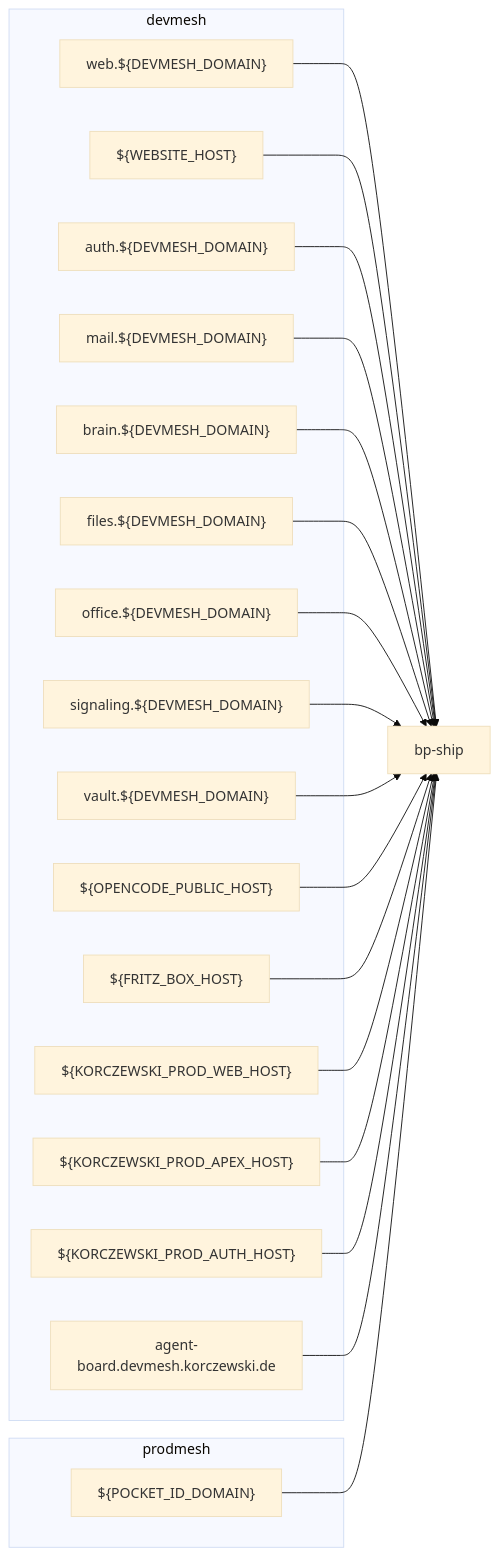
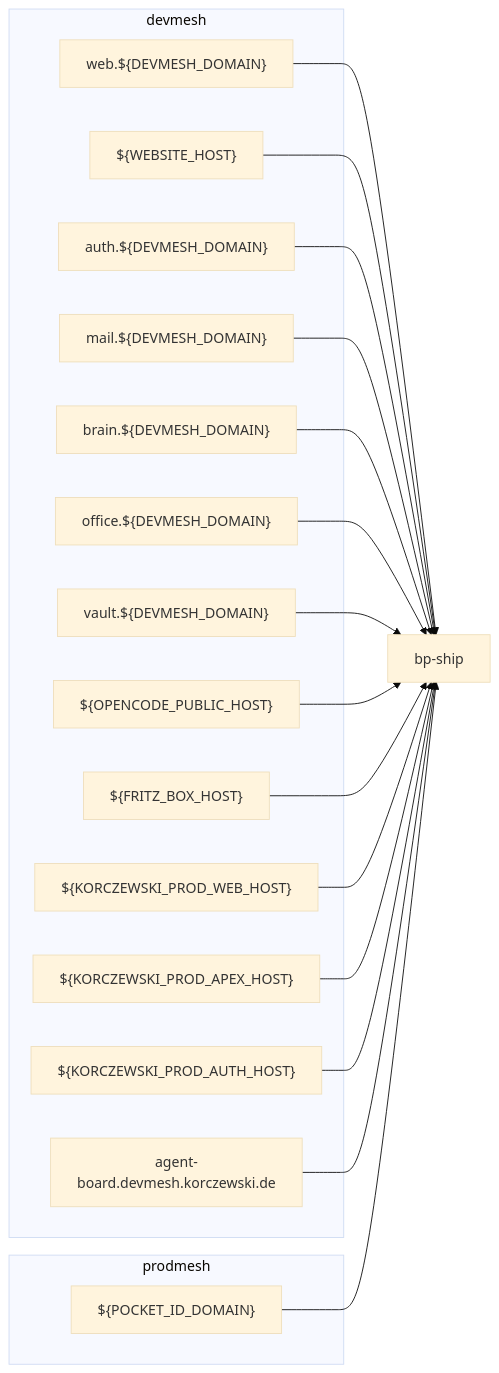
The diagram in docs/agent-guide/maps/domains-map.md (Paddione/Bachelorprojekt), drawn with Mermaid (base theme) before and after one commit. The commit also changed other lines of this file and 147 other files, not shown here.

````diff
--- a/docs/agent-guide/maps/domains-map.md
+++ b/docs/agent-guide/maps/domains-map.md
@@ -8,40 +8,36 @@
 ```mermaid
 flowchart LR
     subgraph devmesh["devmesh"]
         devmesh_web["web.${DEVMESH_DOMAIN}"]
         devmesh_website_alias["${WEBSITE_HOST}"]
         devmesh_auth["auth.${DEVMESH_DOMAIN}"]
         devmesh_mail["mail.${DEVMESH_DOMAIN}"]
         devmesh_brain["brain.${DEVMESH_DOMAIN}"]
-        devmesh_files["files.${DEVMESH_DOMAIN}"]
         devmesh_office["office.${DEVMESH_DOMAIN}"]
-        devmesh_signaling["signaling.${DEVMESH_DOMAIN}"]
         devmesh_vault["vault.${DEVMESH_DOMAIN}"]
         devmesh_opencode["${OPENCODE_PUBLIC_HOST}"]
         devmesh_fritzbox["${FRITZ_BOX_HOST}"]
         korczewski_web_mirror["${KORCZEWSKI_PROD_WEB_HOST}"]
         korczewski_apex_mirror["${KORCZEWSKI_PROD_APEX_HOST}"]
         korczewski_auth_mirror["${KORCZEWSKI_PROD_AUTH_HOST}"]
         devmesh_agent_board["agent-board.devmesh.korczewski.de"]
     end
     subgraph prodmesh["prodmesh"]
         auth_korczewski["${POCKET_ID_DOMAIN}"]
     end
     owner_bp_ship["bp-ship"]
     devmesh_web --> owner_bp_ship
     devmesh_website_alias --> owner_bp_ship
     devmesh_auth --> owner_bp_ship
     devmesh_mail --> owner_bp_ship
     devmesh_brain --> owner_bp_ship
-    devmesh_files --> owner_bp_ship
     devmesh_office --> owner_bp_ship
-    devmesh_signaling --> owner_bp_ship
     devmesh_vault --> owner_bp_ship
     devmesh_opencode --> owner_bp_ship
     devmesh_fritzbox --> owner_bp_ship
     korczewski_web_mirror --> owner_bp_ship
     korczewski_apex_mirror --> owner_bp_ship
     korczewski_auth_mirror --> owner_bp_ship
     auth_korczewski --> owner_bp_ship
     devmesh_agent_board --> owner_bp_ship
 ```
````
